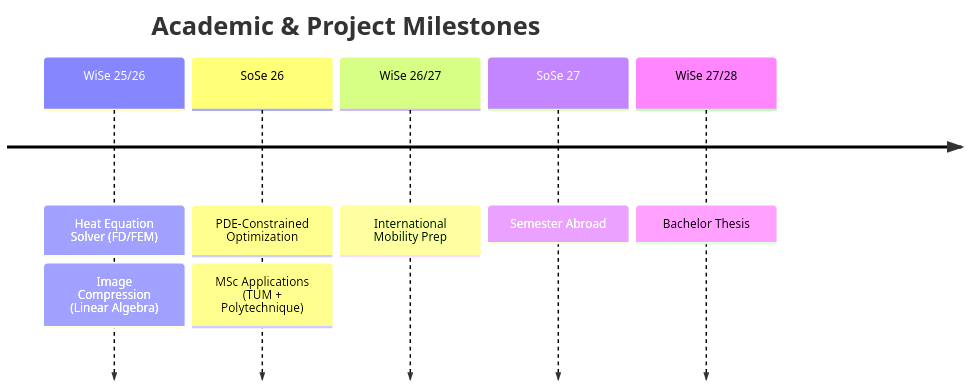
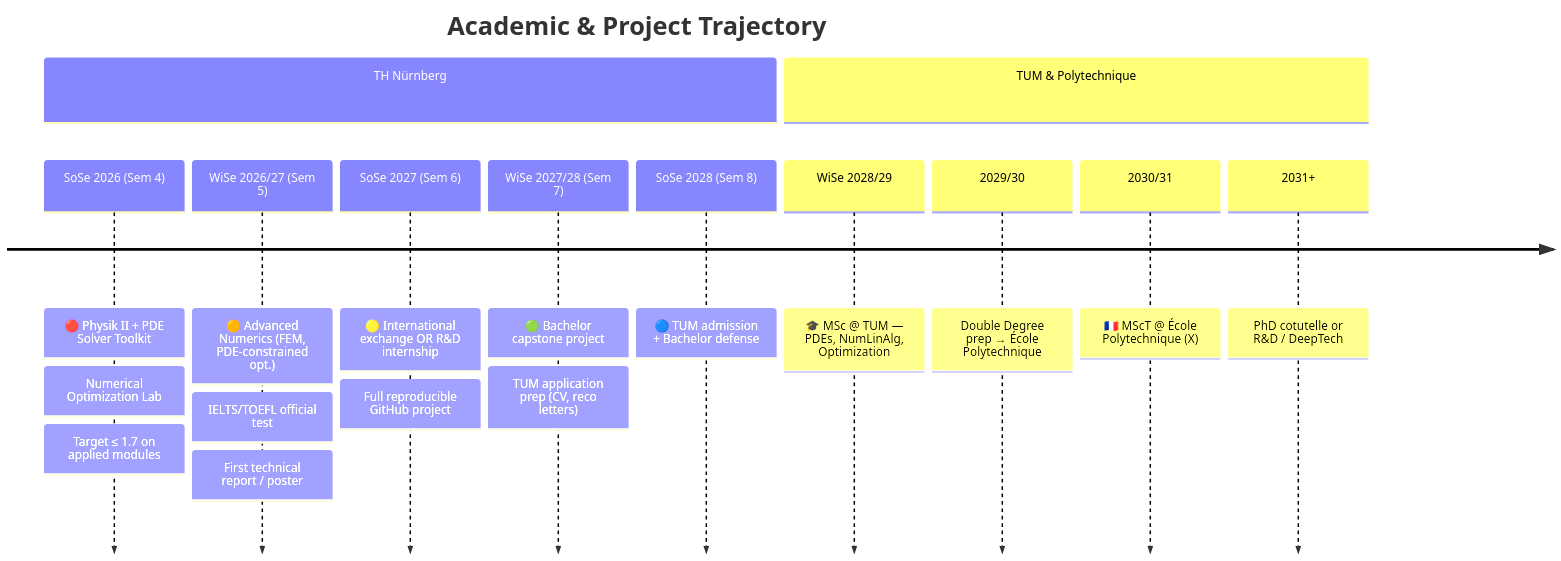
Before and after one commit to e49nana/e49nana: the diagram in README.md, drawn with Mermaid. The commit also changed other lines of this file, not shown here.

````diff
--- a/README.md
+++ b/README.md
@@ -101,11 +112,21 @@
 ```mermaid
 timeline
-    title Academic & Project Milestones
-    WiSe 25/26 : Heat Equation Solver (FD/FEM)
-                : Image Compression (Linear Algebra)
-    SoSe 26    : PDE-Constrained Optimization
-                : MSc Applications (TUM + Polytechnique)
-    WiSe 26/27 : International Mobility Prep
-    SoSe 27    : Semester Abroad
-    WiSe 27/28 : Bachelor Thesis
+    title Academic & Project Trajectory
+    section TH Nürnberg
+        SoSe 2026 (Sem 4)   : 🔴 Physik II + PDE Solver Toolkit
+                              : Numerical Optimization Lab
+                              : Target ≤ 1.7 on applied modules
+        WiSe 2026/27 (Sem 5) : 🟠 Advanced Numerics (FEM, PDE-constrained opt.)
+                              : IELTS/TOEFL official test
+                              : First technical report / poster
+        SoSe 2027 (Sem 6)    : 🟡 International exchange OR R&D internship
+                              : Full reproducible GitHub project
+        WiSe 2027/28 (Sem 7) : 🟢 Bachelor capstone project
+                              : TUM application prep (CV, reco letters)
+        SoSe 2028 (Sem 8)    : 🔵 TUM admission + Bachelor defense
+    section TUM & Polytechnique
+        WiSe 2028/29          : 🎓 MSc @ TUM — PDEs, NumLinAlg, Optimization
+        2029/30               : Double Degree prep → École Polytechnique
+        2030/31               : 🇫🇷 MScT @ École Polytechnique (X)
+        2031+                 : PhD cotutelle or R&D / DeepTech
 ```
````
